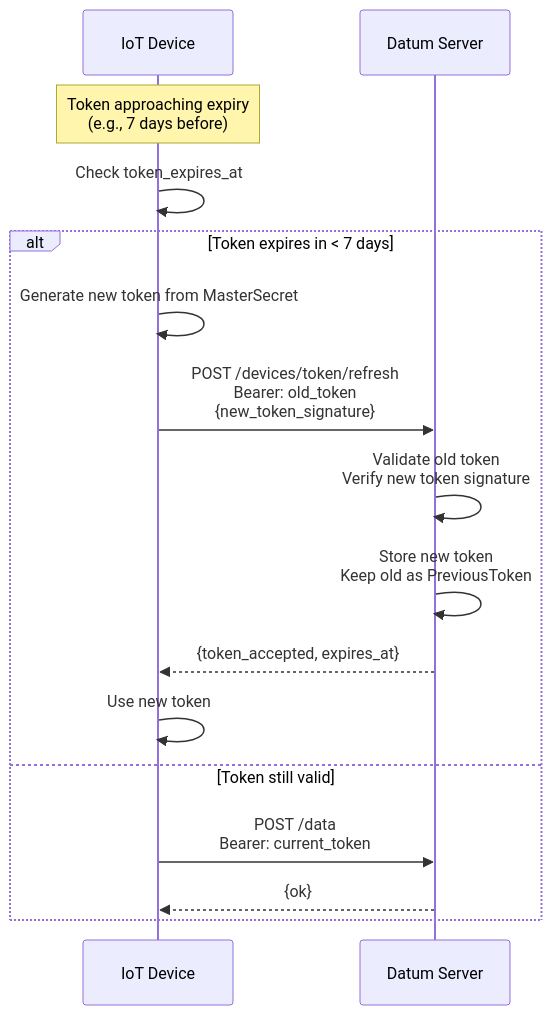
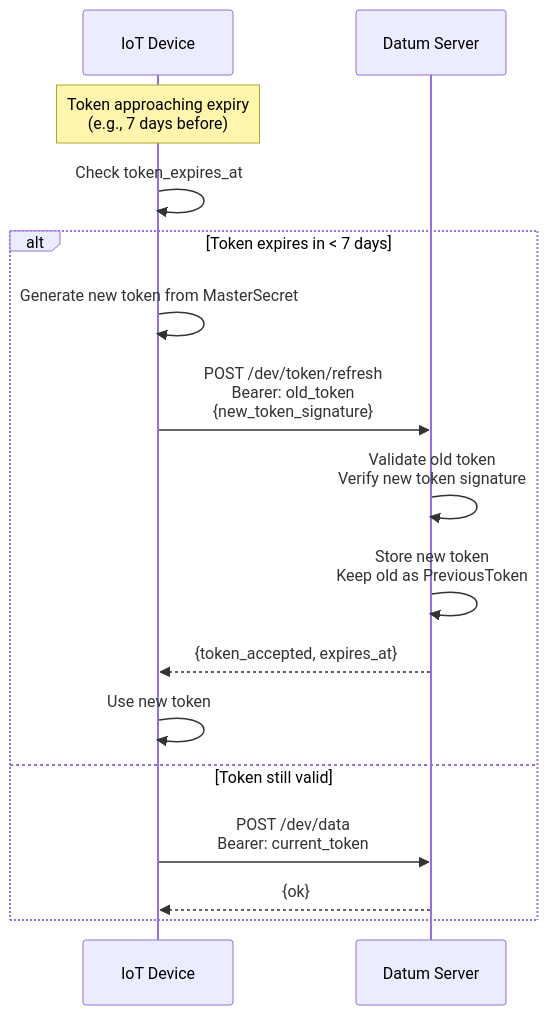
Before and after one commit to tevfik/datum-server: the seventh of 11 diagrams in docs/diagrams/API_KEY_SECURITY.md, drawn with Mermaid. The commit also changed other lines of this file and 61 other files, not shown here.

````diff
--- a/docs/diagrams/API_KEY_SECURITY.md
+++ b/docs/diagrams/API_KEY_SECURITY.md
@@ -221,21 +221,21 @@
 ```mermaid
 sequenceDiagram
     participant Device as IoT Device
     participant Server as Datum Server
     
     Note over Device: Token approaching expiry<br/>(e.g., 7 days before)
     
     Device->>Device: Check token_expires_at
     
     alt Token expires in < 7 days
         Device->>Device: Generate new token from MasterSecret
-        Device->>Server: POST /devices/token/refresh<br/>Bearer: old_token<br/>{new_token_signature}
+        Device->>Server: POST /dev/token/refresh<br/>Bearer: old_token<br/>{new_token_signature}
         Server->>Server: Validate old token<br/>Verify new token signature
         Server->>Server: Store new token<br/>Keep old as PreviousToken
         Server-->>Device: {token_accepted, expires_at}
         Device->>Device: Use new token
     else Token still valid
-        Device->>Server: POST /data<br/>Bearer: current_token
+        Device->>Server: POST /dev/data<br/>Bearer: current_token
         Server-->>Device: {ok}
     end
 ```
````
